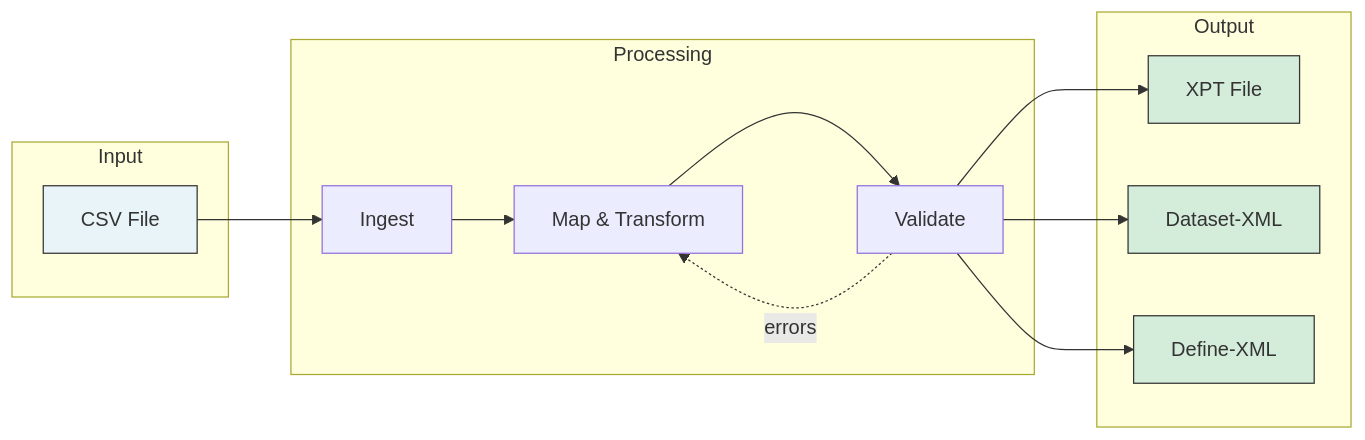
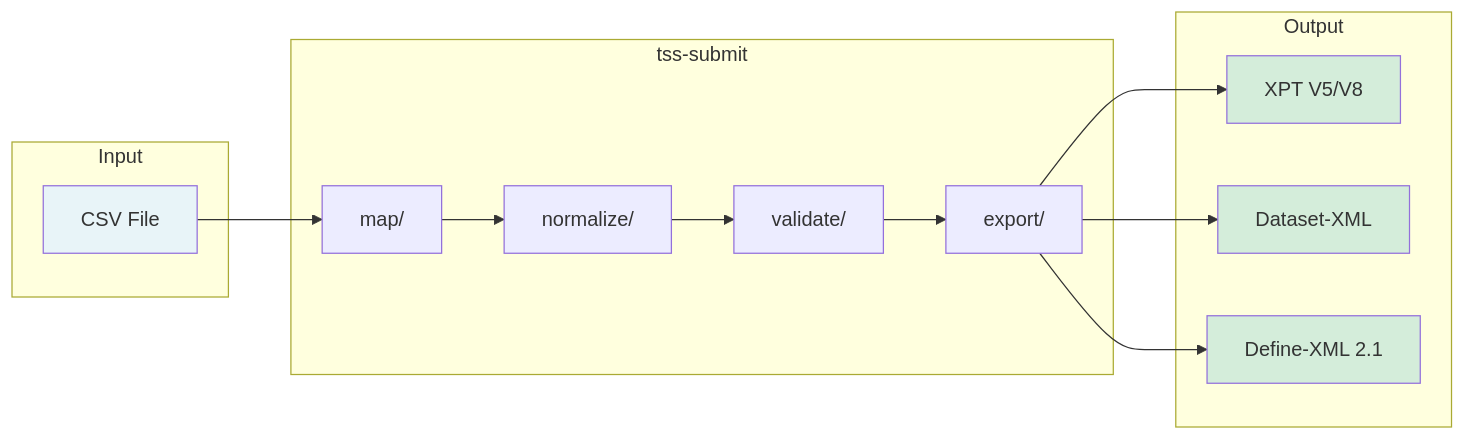
Before and after one commit to rubentalstra/Trial-Submission-Studio: the second of 4 diagrams in docs/src/architecture/overview.md, drawn with Mermaid. The commit also changed other lines of this file and 35 other files, not shown here.

````diff
--- a/docs/src/architecture/overview.md
+++ b/docs/src/architecture/overview.md
@@ -108,30 +100,32 @@
 ```mermaid
 flowchart LR
     subgraph Input
         CSV[CSV File]
     end
 
-    subgraph Processing
-        INGEST[Ingest]
-        MAP[Map & Transform]
-        VALIDATE[Validate]
+    subgraph "tss-submit"
+        MAP[map/]
+        NORM[normalize/]
+        VAL[validate/]
+        EXP[export/]
     end
 
     subgraph Output
-        XPT[XPT File]
+        XPT[XPT V5/V8]
         XML[Dataset-XML]
-        DEFINE[Define-XML]
+        DEFINE[Define-XML 2.1]
     end
 
-    CSV --> INGEST
-    INGEST --> MAP
-    MAP --> VALIDATE
-    VALIDATE --> XPT
-    VALIDATE --> XML
-    VALIDATE --> DEFINE
-    VALIDATE -.->|errors| MAP
-    style CSV fill: #e8f4f8, stroke: #333
-    style XPT fill: #d4edda, stroke: #333
-    style XML fill: #d4edda, stroke: #333
-    style DEFINE fill: #d4edda, stroke: #333
+    CSV --> MAP
+    MAP --> NORM
+    NORM --> VAL
+    VAL --> EXP
+    EXP --> XPT
+    EXP --> XML
+    EXP --> DEFINE
+
+    style CSV fill:#e8f4f8
+    style XPT fill:#d4edda
+    style XML fill:#d4edda
+    style DEFINE fill:#d4edda
 ```
````
